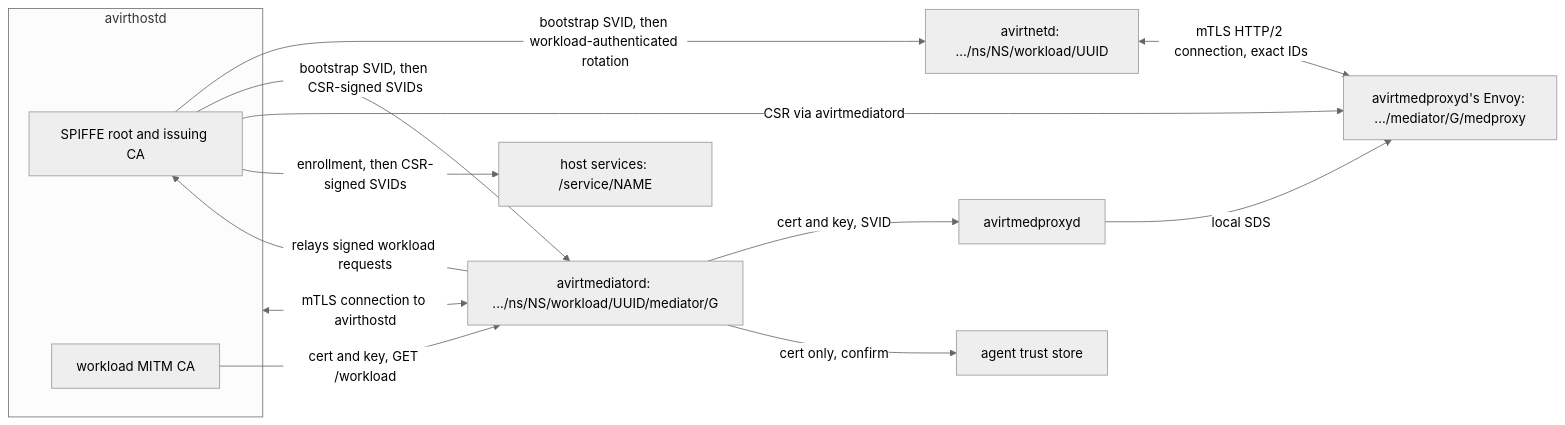
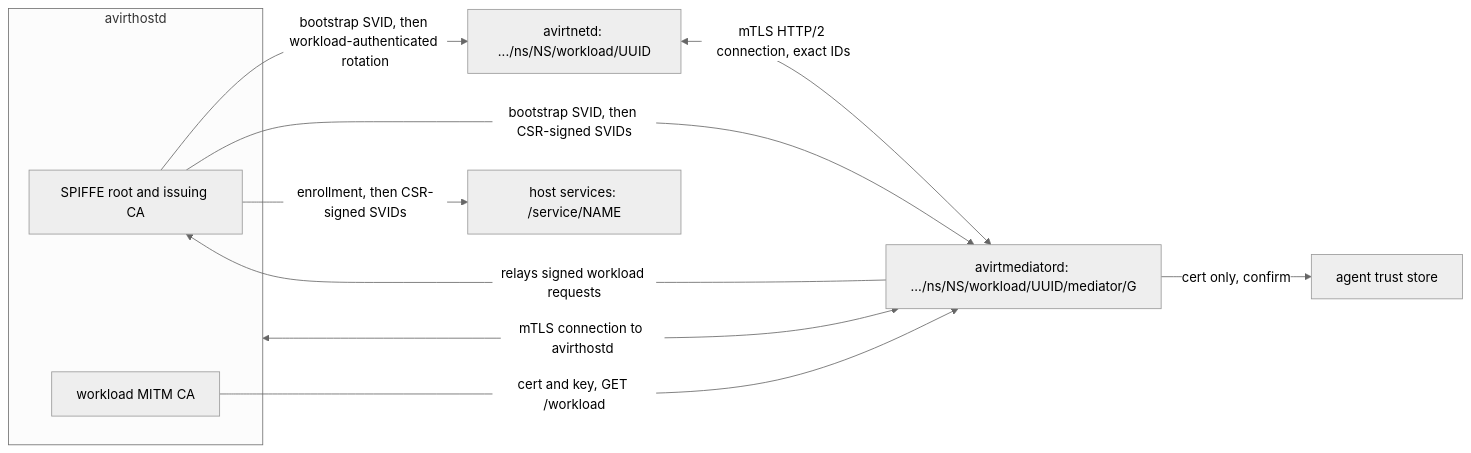
Before and after one commit to tbhb-dev/avirt: the second of 2 diagrams in docs/identity.md, drawn with Mermaid (neutral theme). The commit also changed other lines of this file and 116 other files, not shown here.

````diff
--- a/docs/identity.md
+++ b/docs/identity.md
@@ -157,18 +150,15 @@
 ```mermaid
 flowchart LR
     subgraph hostd["avirthostd"]
         sca["SPIFFE root and issuing CA"]
         mca["workload MITM CA"]
     end
     sca -->|"bootstrap SVID, then workload-authenticated rotation"| wl["avirtnetd: .../ns/NS/workload/UUID"]
     sca -->|"bootstrap SVID, then CSR-signed SVIDs"| med["avirtmediatord: .../ns/NS/workload/UUID/mediator/G"]
-    sca -->|"CSR via avirtmediatord"| env["avirtmedproxyd's Envoy: .../mediator/G/medproxy"]
     sca -->|"enrollment, then CSR-signed SVIDs"| svc["host services: /service/NAME"]
     med -->|"relays signed workload requests"| sca
     mca -->|"cert and key, GET /workload"| med
-    med -->|"cert and key, SVID"| mp["avirtmedproxyd"]
-    mp -->|"local SDS"| env
     med -->|"cert only, confirm"| agent["agent trust store"]
-    wl <-->|"mTLS HTTP/2 connection, exact IDs"| env
+    wl <-->|"mTLS HTTP/2 connection, exact IDs"| med
     med <-->|"mTLS connection to avirthostd"| hostd
 ```
````
